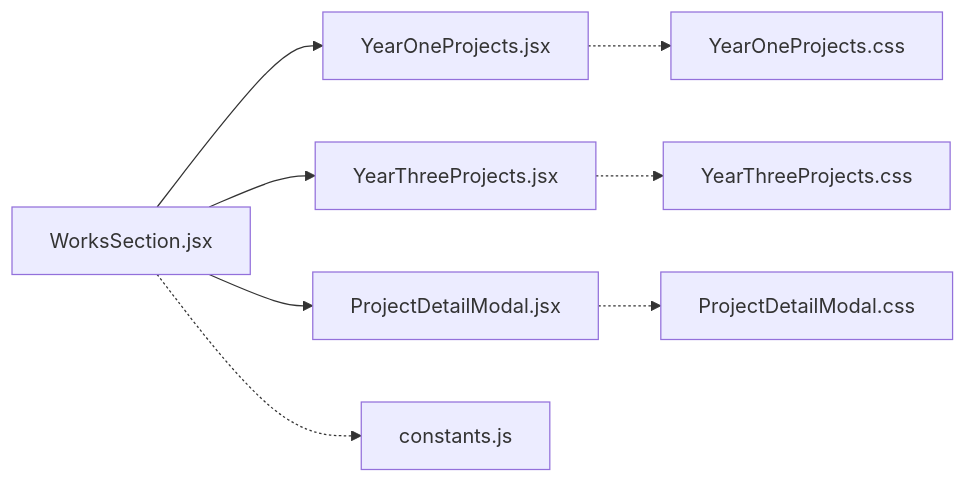
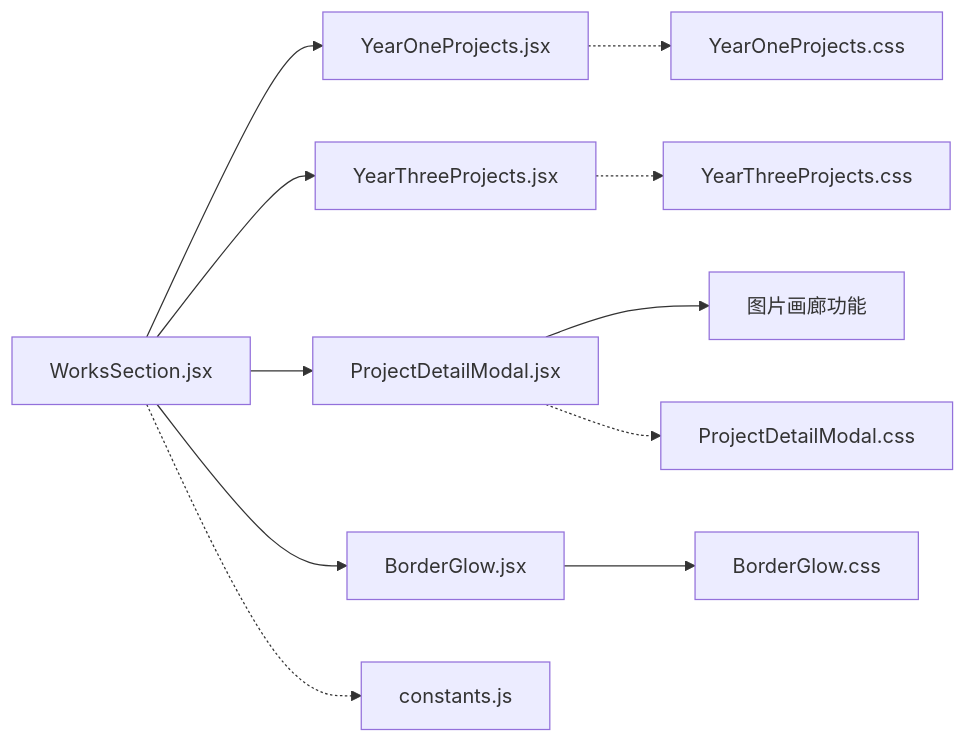
Before and after one commit to lithos666/lithos666.github.io: the fourth of 4 diagrams in .qoder/repowiki/zh/content/核心功能模块/作品展示组件/作品展示主组件.md, drawn with Mermaid. The commit also changed other lines of this file and 51 other files, not shown here.

````diff
--- a/.qoder/repowiki/zh/content/核心功能模块/作品展示组件/作品展示主组件.md
+++ b/.qoder/repowiki/zh/content/核心功能模块/作品展示组件/作品展示主组件.md
@@ -206,10 +268,13 @@
 ```mermaid
 graph LR
 WS["WorksSection.jsx"] --> Y1["YearOneProjects.jsx"]
 WS --> Y3["YearThreeProjects.jsx"]
 WS --> PM["ProjectDetailModal.jsx"]
+WS --> BG["BorderGlow.jsx"]
+PM --> IG["图片画廊功能"]
+BG --> BGCSS["BorderGlow.css"]
 WS -.-> C["constants.js"]
 Y1 -.-> Y1CSS["YearOneProjects.css"]
 Y3 -.-> Y3CSS["YearThreeProjects.css"]
 PM -.-> PMCSS["ProjectDetailModal.css"]
 ```
````
